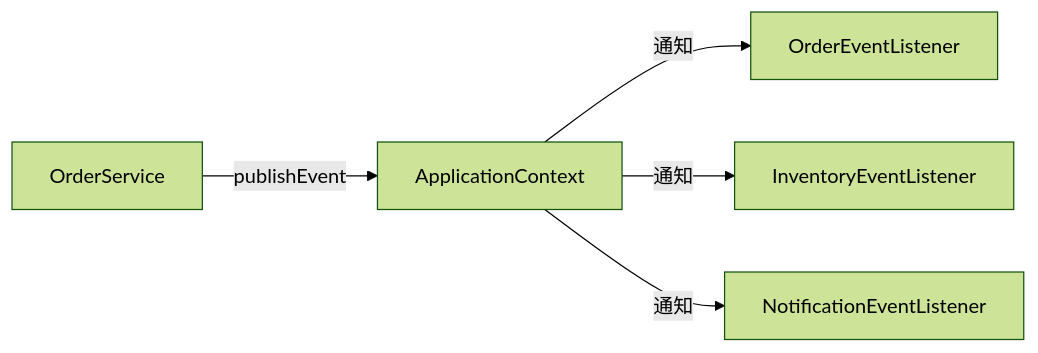
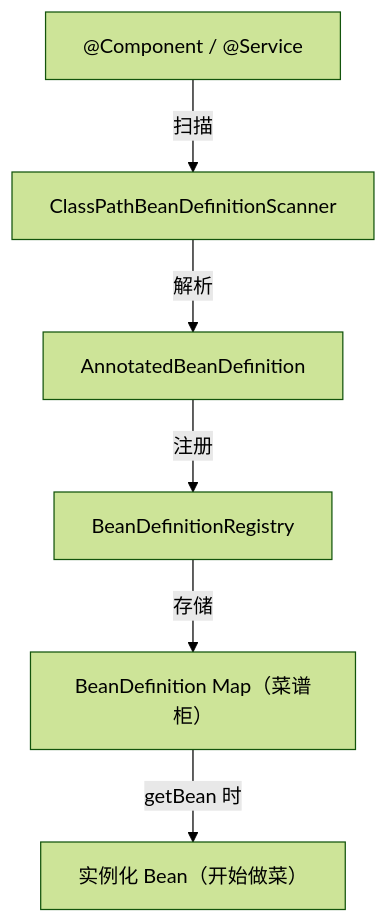
One commit to b1tzer/spring-world changed the second of 4 diagrams in docs/01-spring-core/chapter-03-container.md. Above: the diagram before and after it, drawn with Mermaid (forest theme). The commit also changed other lines of this file and 3 other files, not shown here.

````diff
--- a/docs/01-spring-core/chapter-03-container.md
+++ b/docs/01-spring-core/chapter-03-container.md
@@ -148,7 +118,8 @@
 ```mermaid
-graph LR
-    A[OrderService] -->|publishEvent| B[ApplicationContext]
-    B -->|通知| C[OrderEventListener]
-    B -->|通知| D[InventoryEventListener]
-    B -->|通知| E[NotificationEventListener]
+graph TD
+    A["@Component / @Service"] -->|扫描| B[ClassPathBeanDefinitionScanner]
+    B -->|解析| C[AnnotatedBeanDefinition]
+    C -->|注册| D[BeanDefinitionRegistry]
+    D -->|存储| E["BeanDefinition Map（菜谱柜）"]
+    E -->|getBean 时| F["实例化 Bean（开始做菜）"]
 ```
````
